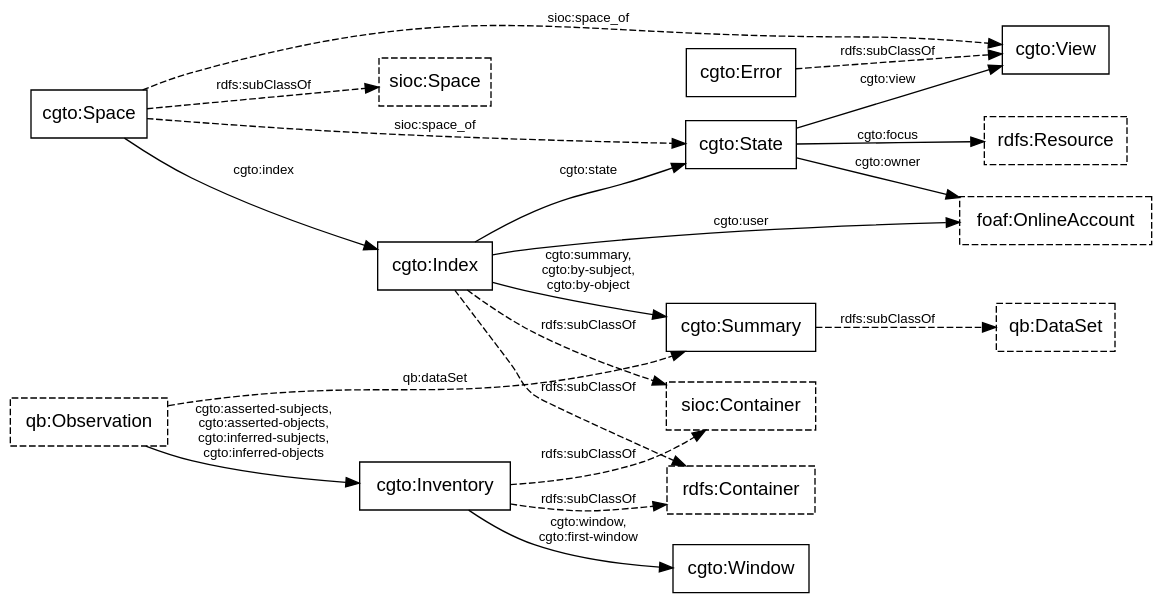
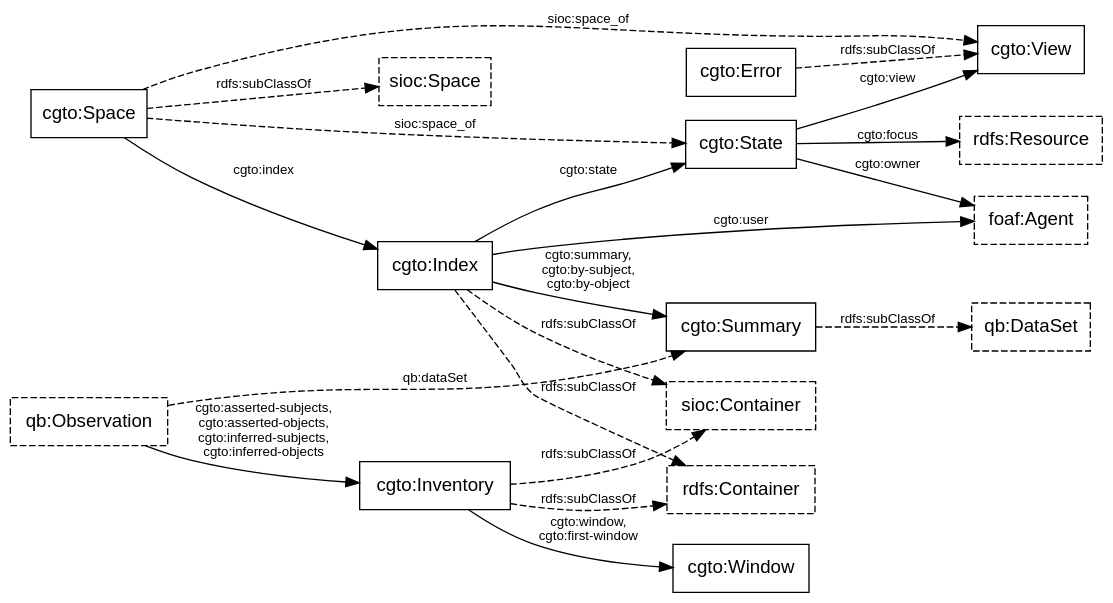
Before and after one commit to doriantaylor/owl-graph-tool: the diagram in graph-tool-classes.dot, drawn with Graphviz. The commit also changed 3 other files, not shown here.

```diff
--- a/graph-tool-classes.dot
+++ b/graph-tool-classes.dot
@@ -1,55 +1,58 @@
 digraph classes {
     graph [bgcolor=transparent,rankdir=LR];
     node [shape=box,color="#000000",fontcolor="#000000",fontname="Lucida Grande, Lucida Sans Unicode, sans-serif",target="_parent"];
     edge [fontsize=10,concentrate=true,color="#000000",fontcolor="#000000",fontname="Lucida Grande, Lucida Sans Unicode, sans-serif"];
 
     subgraph {
         node [style=dashed];
 
         // owl_Thing [label="owl:Thing",href="https://www.w3.org/TR/2012/REC-owl2-syntax-20121211/#a_Thing"];
-        foaf_OnlineAccount [label="foaf:OnlineAccount", href="http://xmlns.com/foaf/spec/#term_OnlineAccount"];
+        foaf_Agent [label="foaf:Agent", href="http://xmlns.com/foaf/spec/#term_Agent"];
+        // foaf_OnlineAccount [label="foaf:OnlineAccount", href="http://xmlns.com/foaf/spec/#term_OnlineAccount"];
         qb_DataSet [label="qb:DataSet", href="https://www.w3.org/TR/vocab-data-cube/#reference-datasets"];
         qb_Observation [label="qb:Observation", href="https://www.w3.org/TR/vocab-data-cube/#reference-observations"];
         rdfs_Container [label="rdfs:Container", href="https://www.w3.org/TR/rdf-schema/#ch_container"];
         rdfs_Resource  [label="rdfs:Resource", href="https://www.w3.org/TR/rdf-schema/#ch_resource"];
         sioc_Container [label="sioc:Container", href="http://rdfs.org/spec/#term_Container"];
         sioc_Space [label="sioc:Space", href="http://rdfs.org/spec/#term_Space"];
     }
 
     cgto_Error     [label="cgto:Error", href="https://vocab.methodandstructure.com/graph-tool#Error"];
     cgto_Index     [label="cgto:Index", href="https://vocab.methodandstructure.com/graph-tool#Index"];
     cgto_Inventory [label="cgto:Inventory", href="https://vocab.methodandstructure.com/graph-tool#Inventory"];
     cgto_Space     [label="cgto:Space", href="https://vocab.methodandstructure.com/graph-tool#Space"];
     cgto_State     [label="cgto:State", href="https://vocab.methodandstructure.com/graph-tool#State"];
     cgto_Summary   [label="cgto:Summary", href="https://vocab.methodandstructure.com/graph-tool#Summary"];
     cgto_View      [label="cgto:View", href="https://vocab.methodandstructure.com/graph-tool#View"];
     cgto_Window    [label="cgto:Window", href="https://vocab.methodandstructure.com/graph-tool#Window"];
 
     subgraph {
         edge [style=dashed, label="rdfs:subClassOf"];
         cgto_Error     -> cgto_View;
         cgto_Index     -> rdfs_Container;
         cgto_Index     -> sioc_Container;
         cgto_Inventory -> rdfs_Container;
         cgto_Inventory -> sioc_Container;
         cgto_Space     -> sioc_Space;
         cgto_Summary   -> qb_DataSet;
     }
 
     subgraph {
         edge [style=dashed];
         qb_Observation -> cgto_Summary [label="qb:dataSet"];
 	cgto_Space -> cgto_State [label="sioc:space_of"];
 	cgto_Space -> cgto_View [label="sioc:space_of"];
     }
 
     cgto_Index -> cgto_State [label="cgto:state"];
     cgto_Index -> cgto_Summary [label="cgto:summary,\ncgto:by-subject,\ncgto:by-object"];
-    cgto_Index -> foaf_OnlineAccount [label="cgto:user"];
+    // cgto_Index -> foaf_OnlineAccount [label="cgto:user"];
+    cgto_Index -> foaf_Agent [label="cgto:user"];
     cgto_Inventory -> cgto_Window [label="cgto:window,\ncgto:first-window"];
     cgto_Space -> cgto_Index [label="cgto:index"];
     cgto_State -> cgto_View [label="cgto:view"];
-    cgto_State -> foaf_OnlineAccount [label="cgto:owner"];
+    // cgto_State -> foaf_OnlineAccount [label="cgto:owner"];
+    cgto_State -> foaf_Agent [label="cgto:owner"];
     cgto_State -> rdfs_Resource [label="cgto:focus"];
     qb_Observation -> cgto_Inventory [label="cgto:asserted-subjects,\ncgto:asserted-objects,\ncgto:inferred-subjects,\ncgto:inferred-objects"];
 }
```
